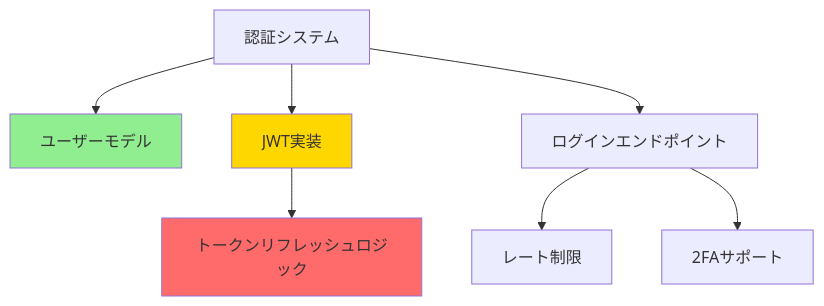
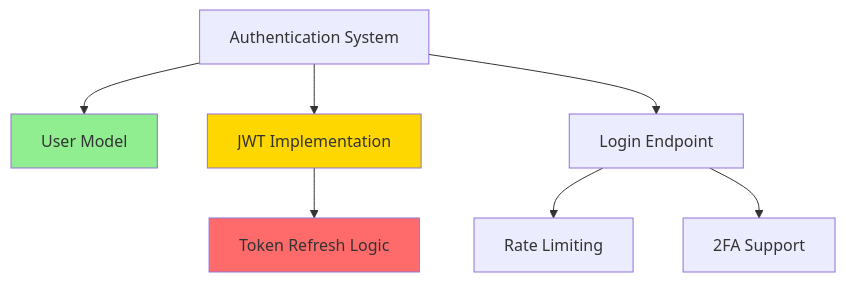
The diagram in .claude/commands/team/dependency-mapper.md (ysano/dotfiles), drawn with Mermaid before and after one commit. The commit also changed other lines of this file and 380 other files, not shown here.

````diff
--- a/.claude/commands/team/dependency-mapper.md
+++ b/.claude/commands/team/dependency-mapper.md
@@ -167,13 +166,13 @@
 ```mermaid
 graph TD
-    I123[認証システム] --> I124[ユーザーモデル]
-    I123 --> I125[JWT実装]
-    I123 --> I127[ログインエンドポイント]
-    I125 --> I126[トークンリフレッシュロジック]
-    I127 --> I128[レート制限]
-    I127 --> I129[2FAサポート]
+    LIN-123[Authentication System] --> LIN-124[User Model]
+    LIN-123 --> LIN-125[JWT Implementation]
+    LIN-123 --> LIN-127[Login Endpoint]
+    LIN-125 --> LIN-126[Token Refresh Logic]
+    LIN-127 --> LIN-128[Rate Limiting]
+    LIN-127 --> LIN-129[2FA Support]
     
-    style I124 fill:#90EE90
-    style I125 fill:#FFD700
-    style I126 fill:#FF6B6B
+    style LIN-124 fill:#90EE90
+    style LIN-125 fill:#FFD700
+    style LIN-126 fill:#FF6B6B
 ```
````
